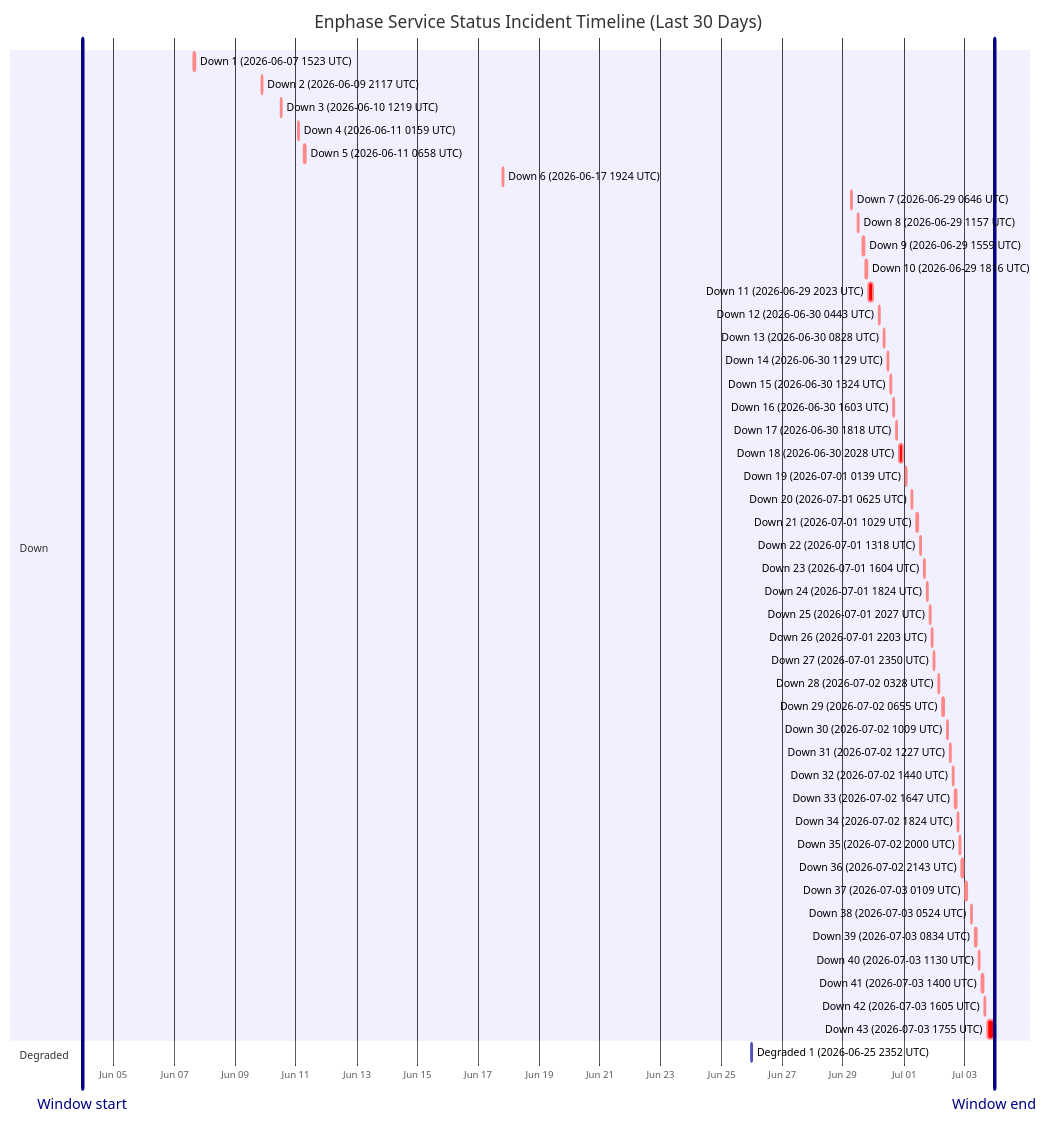
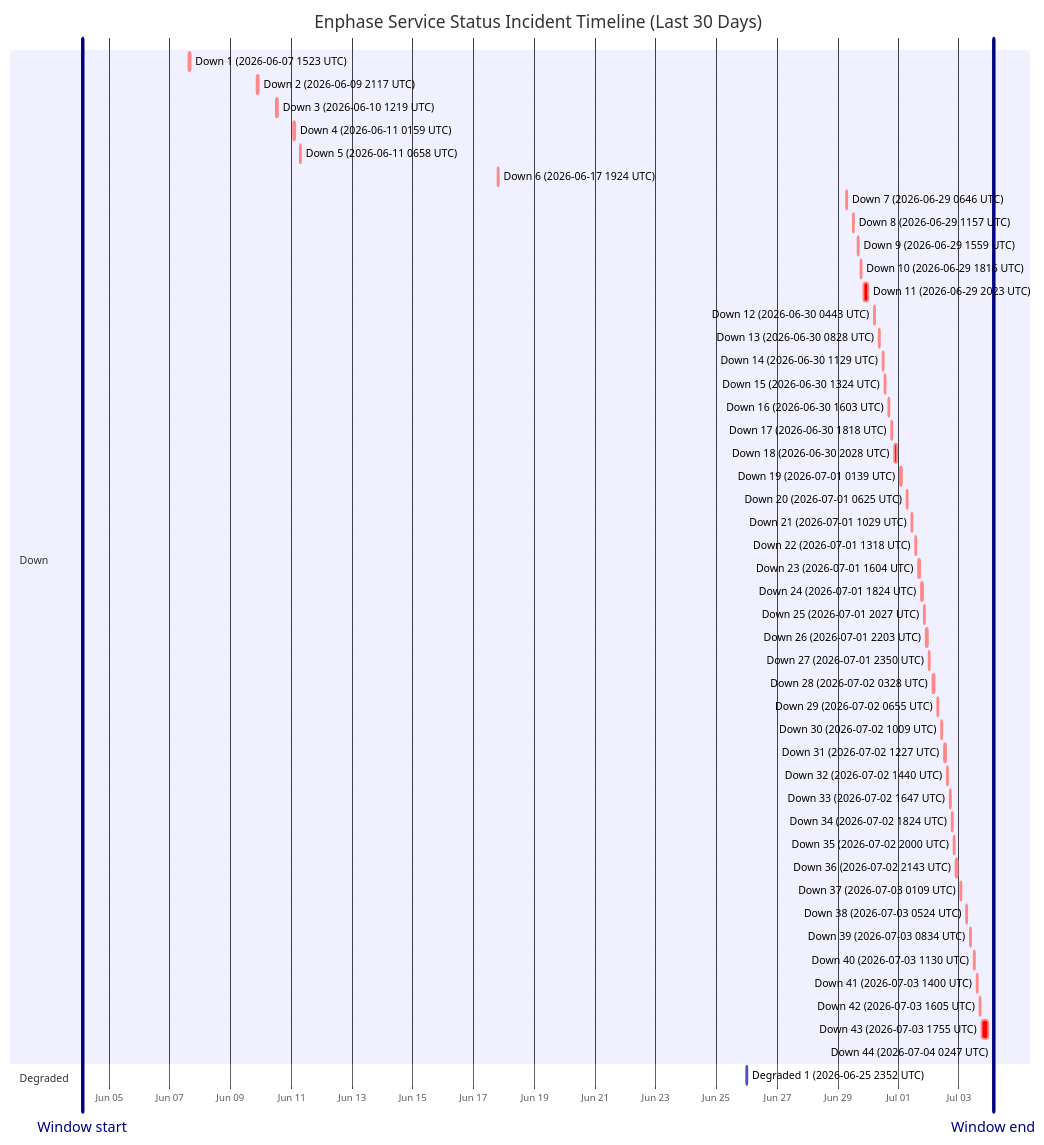
Before and after one commit to barneyonline/ha-enphase-energy: the diagram in wiki/Service-Status-History.md, drawn with Mermaid. The commit also changed other lines of this file and 3 other files, not shown here.

````diff
--- a/wiki/Service-Status-History.md
+++ b/wiki/Service-Status-History.md
@@ -14,54 +14,55 @@
 ```mermaid
 gantt
     title Enphase Service Status Incident Timeline (Last 30 Days)
     dateFormat  YYYY-MM-DDTHH:mm:ss
     axisFormat  %b %d
-    Window start :vert, window-start, 2026-06-03T23:34:07, 0ms
-    Window end :vert, window-end, 2026-07-03T23:34:07, 0ms
+    Window start :vert, window-start, 2026-06-04T02:47:22, 0ms
+    Window end :vert, window-end, 2026-07-04T02:47:22, 0ms
     section Down
     Down 1 (2026-06-07 1523 UTC) :crit, down-1, 2026-06-07T15:23:22, 87m
     Down 2 (2026-06-09 2117 UTC) :crit, down-2, 2026-06-09T21:17:17, 60m
     Down 3 (2026-06-10 1219 UTC) :crit, down-3, 2026-06-10T12:19:21, 60m
     Down 4 (2026-06-11 0159 UTC) :crit, down-4, 2026-06-11T01:59:36, 60m
     Down 5 (2026-06-11 0658 UTC) :crit, down-5, 2026-06-11T06:58:45, 60m
     Down 6 (2026-06-17 1924 UTC) :crit, down-6, 2026-06-17T19:24:51, 60m
     Down 7 (2026-06-29 0646 UTC) :crit, down-7, 2026-06-29T06:46:18, 60m
     Down 8 (2026-06-29 1157 UTC) :crit, down-8, 2026-06-29T11:57:36, 60m
     Down 9 (2026-06-29 1559 UTC) :crit, down-9, 2026-06-29T15:59:02, 60m
     Down 10 (2026-06-29 1816 UTC) :crit, down-10, 2026-06-29T18:16:38, 60m
     Down 11 (2026-06-29 2023 UTC) :crit, down-11, 2026-06-29T20:23:16, 220m
     Down 12 (2026-06-30 0443 UTC) :crit, down-12, 2026-06-30T04:43:54, 60m
     Down 13 (2026-06-30 0828 UTC) :crit, down-13, 2026-06-30T08:28:43, 60m
     Down 14 (2026-06-30 1129 UTC) :crit, down-14, 2026-06-30T11:29:15, 60m
     Down 15 (2026-06-30 1324 UTC) :crit, down-15, 2026-06-30T13:24:25, 60m
     Down 16 (2026-06-30 1603 UTC) :crit, down-16, 2026-06-30T16:03:26, 60m
     Down 17 (2026-06-30 1818 UTC) :crit, down-17, 2026-06-30T18:18:39, 60m
     Down 18 (2026-06-30 2028 UTC) :crit, down-18, 2026-06-30T20:28:54, 171m
     Down 19 (2026-07-01 0139 UTC) :crit, down-19, 2026-07-01T01:39:18, 60m
     Down 20 (2026-07-01 0625 UTC) :crit, down-20, 2026-07-01T06:25:35, 60m
     Down 21 (2026-07-01 1029 UTC) :crit, down-21, 2026-07-01T10:29:24, 60m
     Down 22 (2026-07-01 1318 UTC) :crit, down-22, 2026-07-01T13:18:31, 60m
     Down 23 (2026-07-01 1604 UTC) :crit, down-23, 2026-07-01T16:04:29, 60m
     Down 24 (2026-07-01 1824 UTC) :crit, down-24, 2026-07-01T18:24:21, 60m
     Down 25 (2026-07-01 2027 UTC) :crit, down-25, 2026-07-01T20:27:17, 60m
     Down 26 (2026-07-01 2203 UTC) :crit, down-26, 2026-07-01T22:03:46, 60m
     Down 27 (2026-07-01 2350 UTC) :crit, down-27, 2026-07-01T23:50:52, 60m
     Down 28 (2026-07-02 0328 UTC) :crit, down-28, 2026-07-02T03:28:33, 60m
     Down 29 (2026-07-02 0655 UTC) :crit, down-29, 2026-07-02T06:55:07, 60m
     Down 30 (2026-07-02 1009 UTC) :crit, down-30, 2026-07-02T10:09:15, 60m
     Down 31 (2026-07-02 1227 UTC) :crit, down-31, 2026-07-02T12:27:49, 60m
     Down 32 (2026-07-02 1440 UTC) :crit, down-32, 2026-07-02T14:40:53, 60m
     Down 33 (2026-07-02 1647 UTC) :crit, down-33, 2026-07-02T16:47:47, 60m
     Down 34 (2026-07-02 1824 UTC) :crit, down-34, 2026-07-02T18:24:26, 60m
     Down 35 (2026-07-02 2000 UTC) :crit, down-35, 2026-07-02T20:00:57, 60m
     Down 36 (2026-07-02 2143 UTC) :crit, down-36, 2026-07-02T21:43:52, 80m
     Down 37 (2026-07-03 0109 UTC) :crit, down-37, 2026-07-03T01:09:19, 60m
     Down 38 (2026-07-03 0524 UTC) :crit, down-38, 2026-07-03T05:24:23, 60m
     Down 39 (2026-07-03 0834 UTC) :crit, down-39, 2026-07-03T08:34:05, 60m
     Down 40 (2026-07-03 1130 UTC) :crit, down-40, 2026-07-03T11:30:41, 60m
     Down 41 (2026-07-03 1400 UTC) :crit, down-41, 2026-07-03T14:00:48, 60m
     Down 42 (2026-07-03 1605 UTC) :crit, down-42, 2026-07-03T16:05:49, 60m
     Down 43 (2026-07-03 1755 UTC) :crit, down-43, 2026-07-03T17:55:54, 338m
+    Down 44 (2026-07-04 0247 UTC) :crit, down-44, 2026-07-04T02:47:22, 60m
     section Degraded
     Degraded 1 (2026-06-25 2352 UTC) :active, degraded-1, 2026-06-25T23:52:01, 60m
 ```
````
